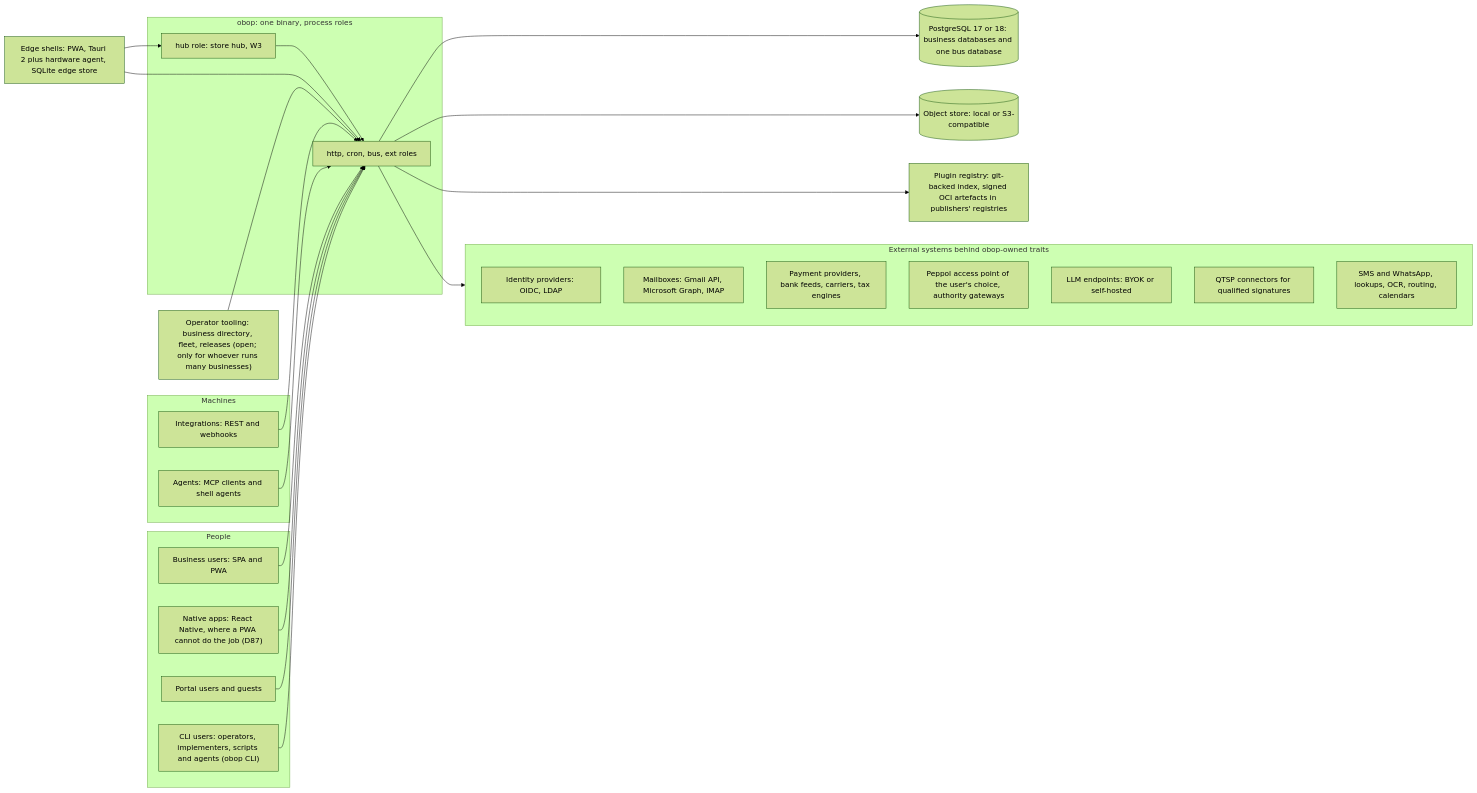
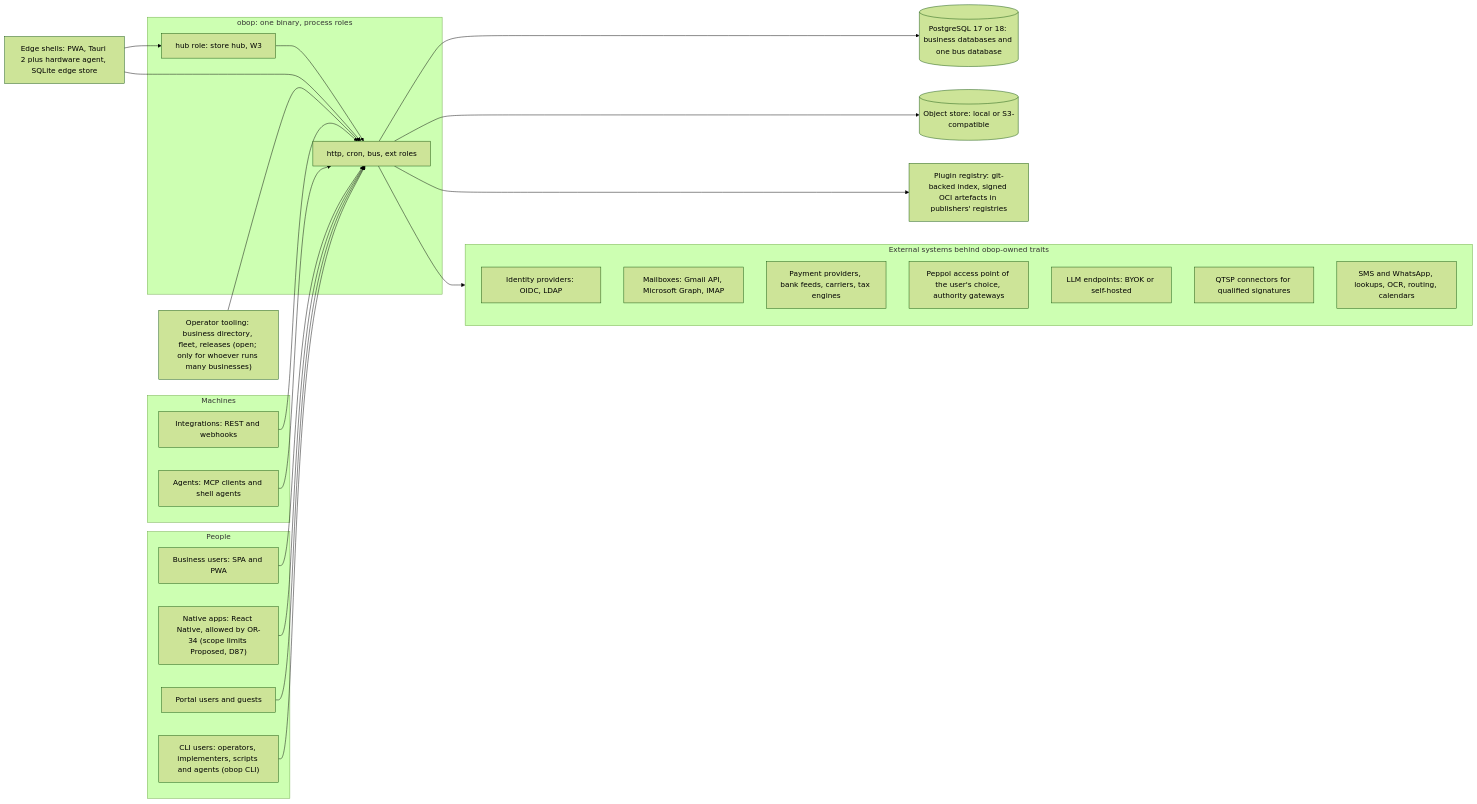
One commit to SpaceCorps/obop changed the first of 5 diagrams in docs/ARCHITECTURE.md. Above: the diagram before and after it, drawn with Mermaid (forest theme). The commit also changed other lines of this file and 13 other files, not shown here.

````diff
--- a/docs/ARCHITECTURE.md
+++ b/docs/ARCHITECTURE.md
@@ -104,45 +104,45 @@
 ```mermaid
 flowchart LR
   subgraph people["People"]
     U["Business users: SPA and PWA"]
-    NA["Native apps: React Native, where a PWA cannot do the job (D87)"]
+    NA["Native apps: React Native, allowed by OR-34 (scope limits Proposed, D87)"]
     PO["Portal users and guests"]
     OP["CLI users: operators, implementers, scripts and agents (obop CLI)"]
   end
   subgraph machines["Machines"]
     INT["Integrations: REST and webhooks"]
     AG["Agents: MCP clients and shell agents"]
   end
   subgraph obop["obop: one binary, process roles"]
     CORE["http, cron, bus, ext roles"]
     HUB["hub role: store hub, W3"]
   end
   PG[("PostgreSQL 17 or 18: business databases and one bus database")]
   OBJ[("Object store: local or S3-compatible")]
   EDGE["Edge shells: PWA, Tauri 2 plus hardware agent, SQLite edge store"]
   subgraph extsys["External systems behind obop-owned traits"]
     IDP["Identity providers: OIDC, LDAP"]
     MAIL["Mailboxes: Gmail API, Microsoft Graph, IMAP"]
     PAY["Payment providers, bank feeds, carriers, tax engines"]
     EINV["Peppol access point of the user's choice, authority gateways"]
     LLM["LLM endpoints: BYOK or self-hosted"]
     QTSP["QTSP connectors for qualified signatures"]
     SVC["SMS and WhatsApp, lookups, OCR, routing, calendars"]
   end
   CP["Operator tooling: business directory, fleet, releases (open; only for whoever runs many businesses)"]
   PKG["Plugin registry: git-backed index, signed OCI artefacts in publishers' registries"]
   U --> CORE
   NA --> CORE
   PO --> CORE
   INT --> CORE
   AG --> CORE
   OP --> CORE
   CORE --> PG
   CORE --> OBJ
   EDGE --> HUB
   EDGE --> CORE
   HUB --> CORE
   CORE --> extsys
   CP --> CORE
   CORE --> PKG
 ```
````
